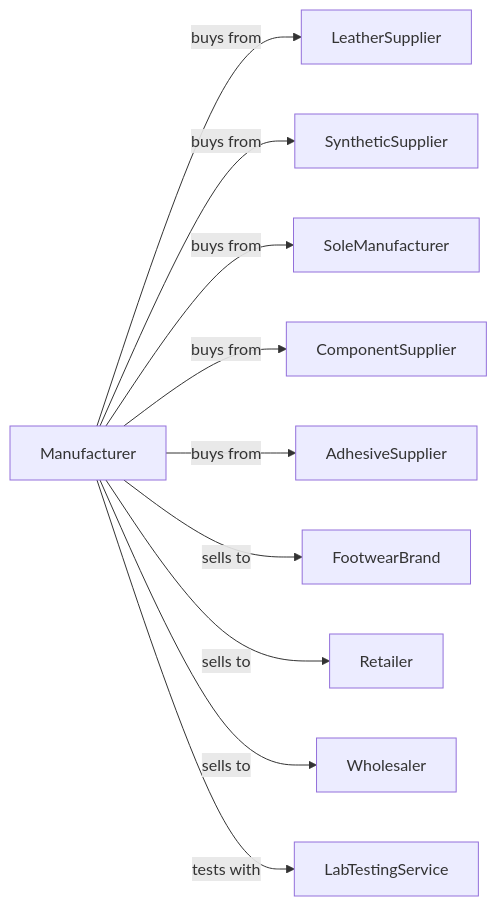
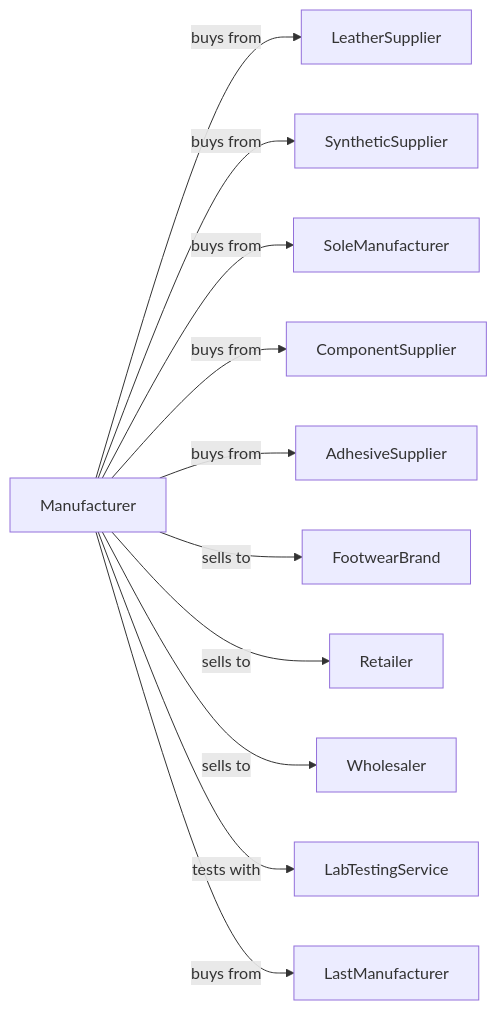
The second of 2 diagrams in Manufacturing/LeatherAndAlliedProductManufacturing/FootwearManufacturing/FootwearManufacturing.mdx (dot-org-ai/industries.org.ai), drawn with Mermaid before and after one commit. The commit also changed 588 other files, not shown here.

````diff
--- a/Manufacturing/LeatherAndAlliedProductManufacturing/FootwearManufacturing/FootwearManufacturing.mdx
+++ b/Manufacturing/LeatherAndAlliedProductManufacturing/FootwearManufacturing/FootwearManufacturing.mdx
@@ -138,14 +138,15 @@
 ```mermaid
 graph LR
     M[Manufacturer]
 
     M -->|buys from| LeatherSupplier
     M -->|buys from| SyntheticSupplier
     M -->|buys from| SoleManufacturer
     M -->|buys from| ComponentSupplier
     M -->|buys from| AdhesiveSupplier
     M -->|sells to| FootwearBrand
     M -->|sells to| Retailer
     M -->|sells to| Wholesaler
     M -->|tests with| LabTestingService
+    M -->|buys from| LastManufacturer
 ```
````
